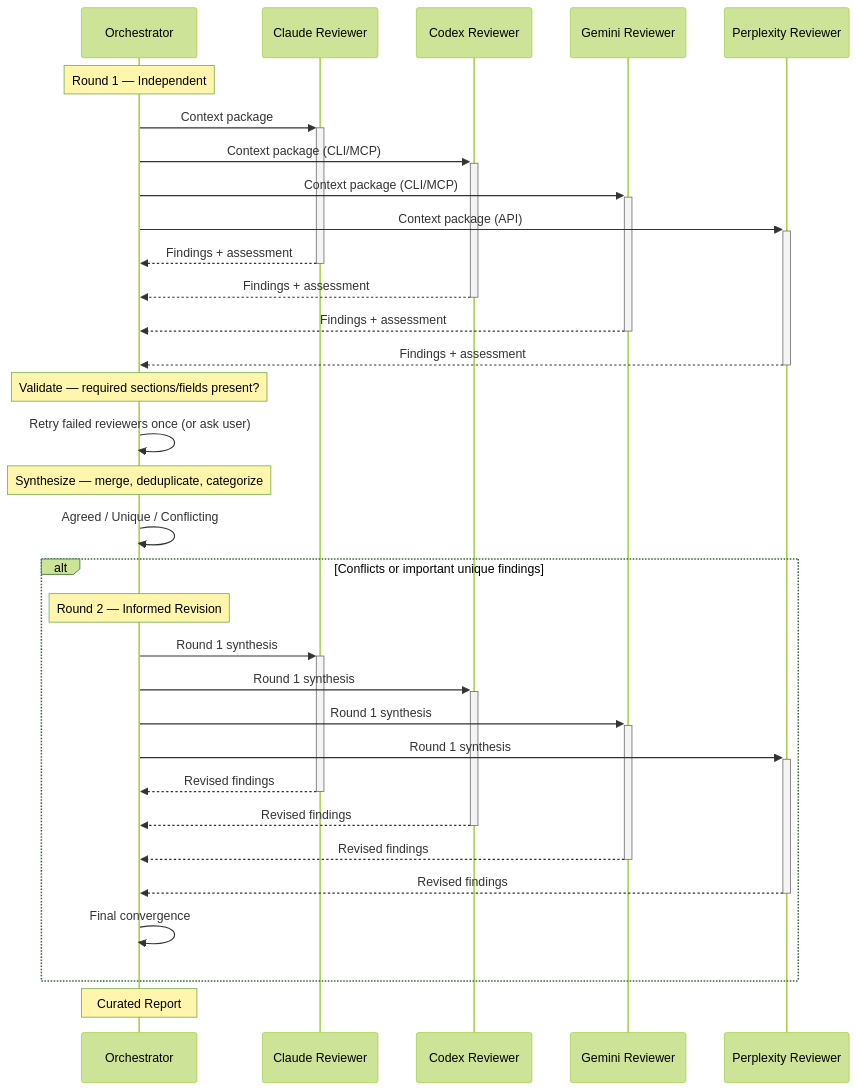
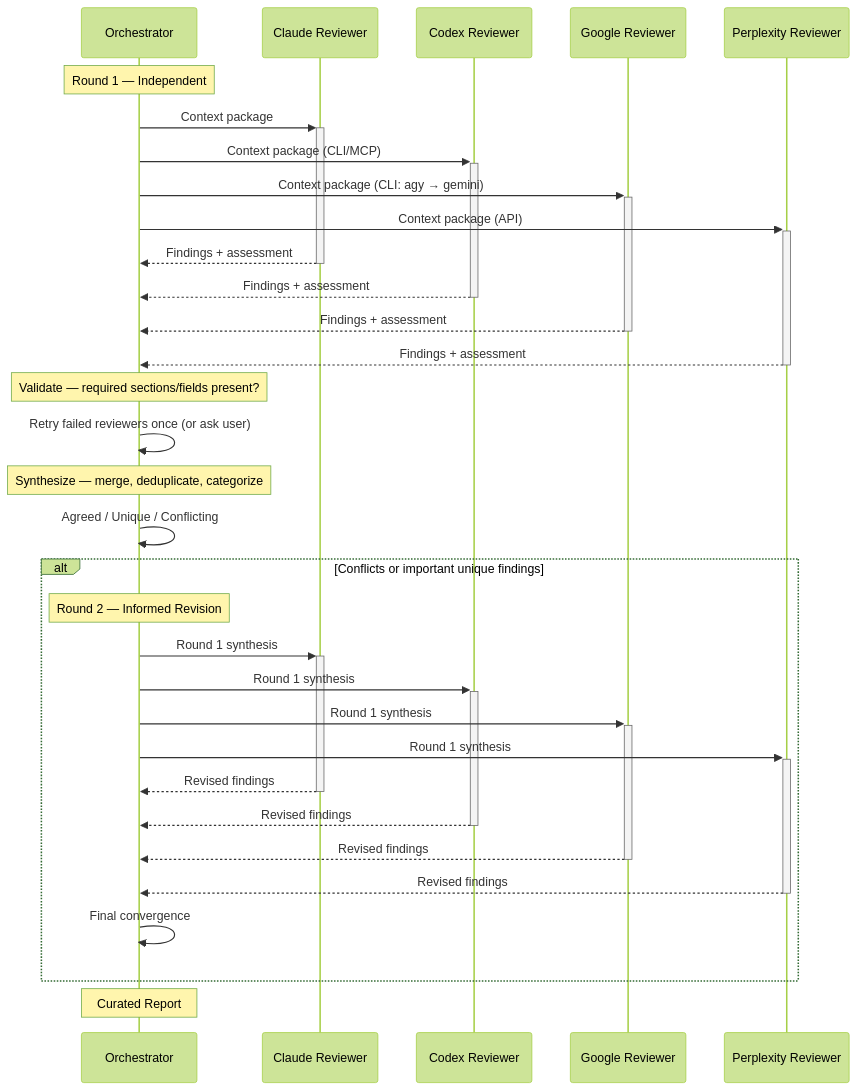
The third of 5 diagrams in README.md (deployhq/review-council), drawn with Mermaid (forest theme) before and after one commit. The commit also changed other lines of this file and 7 other files, not shown here.

````diff
--- a/README.md
+++ b/README.md
@@ -220,39 +224,39 @@
 ```mermaid
 sequenceDiagram
     participant O as Orchestrator
     participant C as Claude Reviewer
     participant X as Codex Reviewer
-    participant G as Gemini Reviewer
+    participant G as Google Reviewer
     participant P as Perplexity Reviewer
 
     Note over O: Round 1 — Independent
     O->>+C: Context package
     O->>+X: Context package (CLI/MCP)
-    O->>+G: Context package (CLI/MCP)
+    O->>+G: Context package (CLI: agy → gemini)
     O->>+P: Context package (API)
     C-->>-O: Findings + assessment
     X-->>-O: Findings + assessment
     G-->>-O: Findings + assessment
     P-->>-O: Findings + assessment
 
     Note over O: Validate — required sections/fields present?
     O->>O: Retry failed reviewers once (or ask user)
 
     Note over O: Synthesize — merge, deduplicate, categorize
     O->>O: Agreed / Unique / Conflicting
 
     alt Conflicts or important unique findings
         Note over O: Round 2 — Informed Revision
         O->>+C: Round 1 synthesis
         O->>+X: Round 1 synthesis
         O->>+G: Round 1 synthesis
         O->>+P: Round 1 synthesis
         C-->>-O: Revised findings
         X-->>-O: Revised findings
         G-->>-O: Revised findings
         P-->>-O: Revised findings
         O->>O: Final convergence
     end
 
     Note over O: Curated Report
 ```
````
